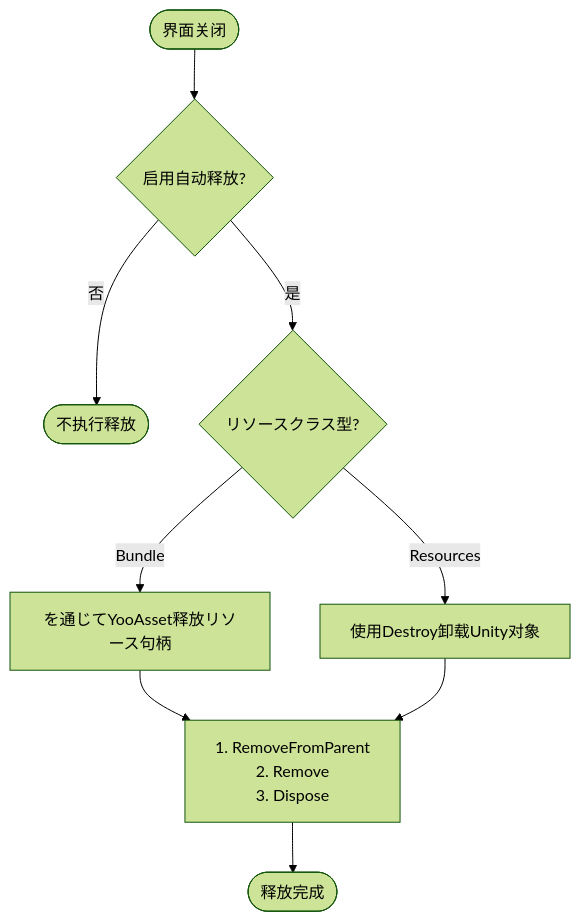
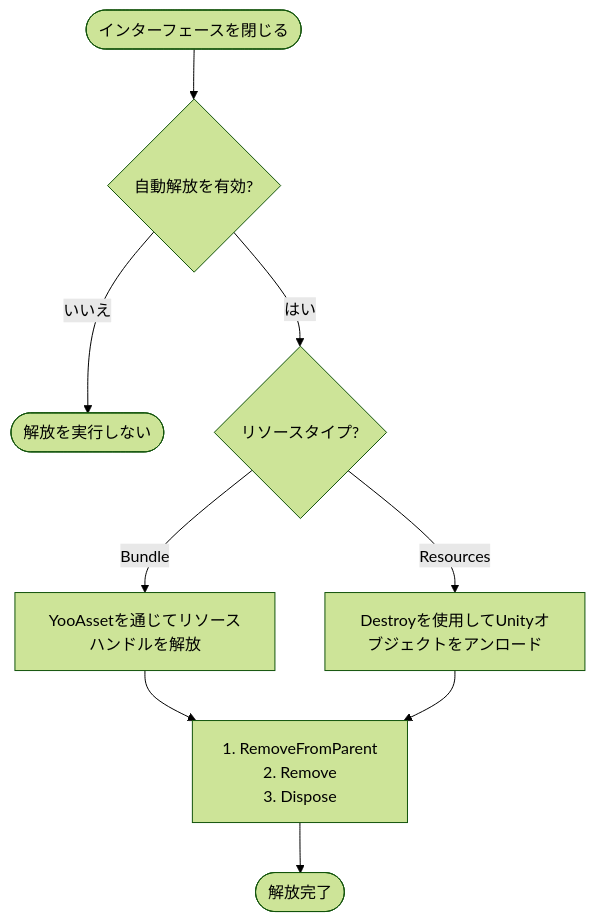
Before and after one commit to AlianBlank/GameFrameX.Docs: the third of 3 diagrams in docs/ja/client/unity/component/ui-fairygui/10.form-helper.md, drawn with Mermaid (forest theme). The commit also changed other lines of this file and 320 other files, not shown here.

````diff
--- a/docs/ja/client/unity/component/ui-fairygui/10.form-helper.md
+++ b/docs/ja/client/unity/component/ui-fairygui/10.form-helper.md
@@ -269,14 +269,14 @@
 ```mermaid
 flowchart TD
-    Start([界面关闭]) --> CheckAuto{启用自动释放?}
-    CheckAuto -->|否| End1([不执行释放])
-    CheckAuto -->|是| CheckType{リソースクラス型?}
-    
-    CheckType -->|Bundle| ReleaseBundle[を通じてYooAsset释放リソース句柄]
-    CheckType -->|Resources| ReleaseResources[使用Destroy卸载Unity对象]
-    
+    Start([インターフェースを閉じる]) --> CheckAuto{自動解放を有効?}
+    CheckAuto -->|いいえ| End1([解放を実行しない])
+    CheckAuto -->|はい| CheckType{リソースタイプ?}
+
+    CheckType -->|Bundle| ReleaseBundle[YooAssetを通じてリソースハンドルを解放]
+    CheckType -->|Resources| ReleaseResources[Destroyを使用してUnityオブジェクトをアンロード]
+
     ReleaseBundle --> ClearGComponent[1. RemoveFromParent<br/>2. Remove<br/>3. Dispose]
     ReleaseResources --> ClearGComponent
-    
-    ClearGComponent --> End([释放完成])
+
+    ClearGComponent --> End([解放完了])
 ```
````
